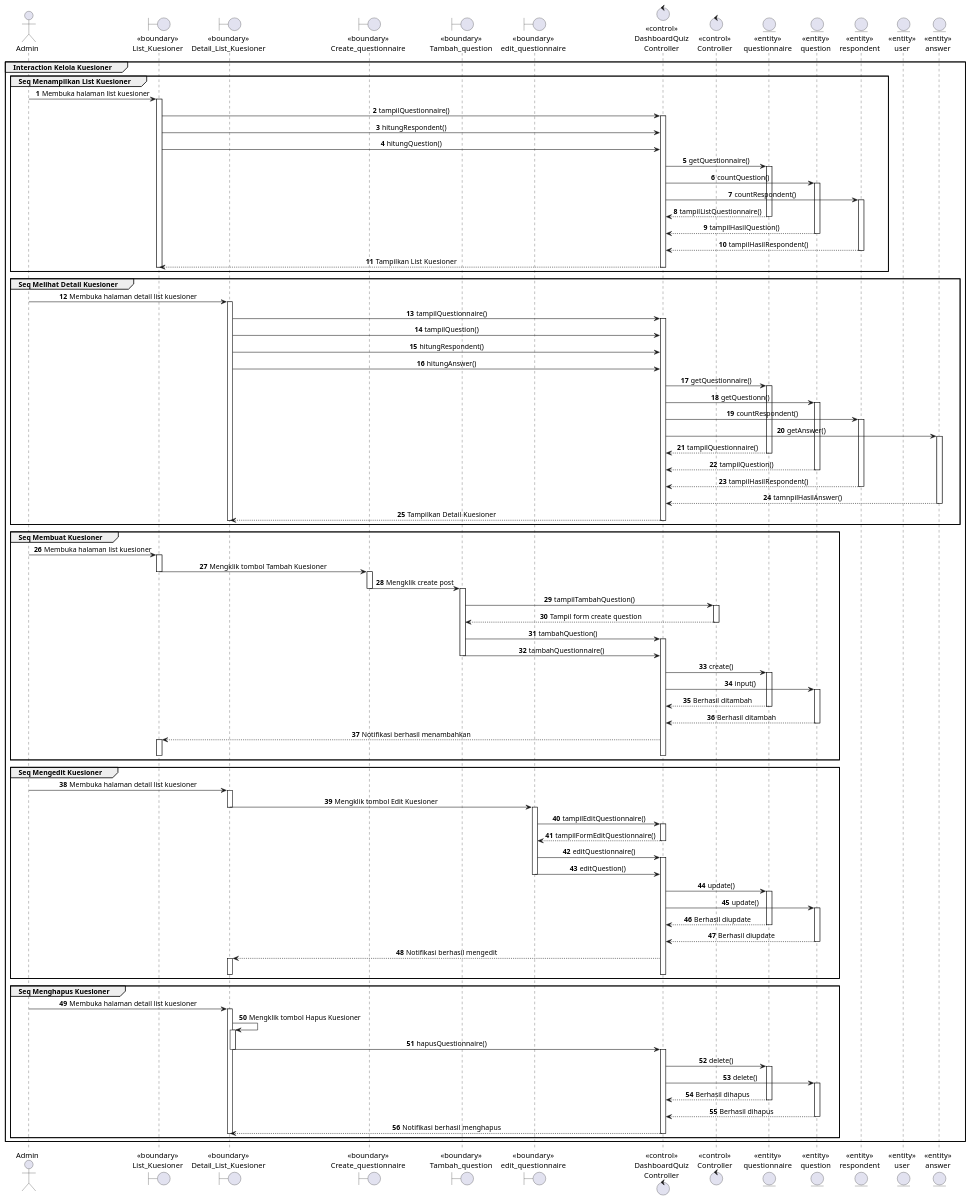
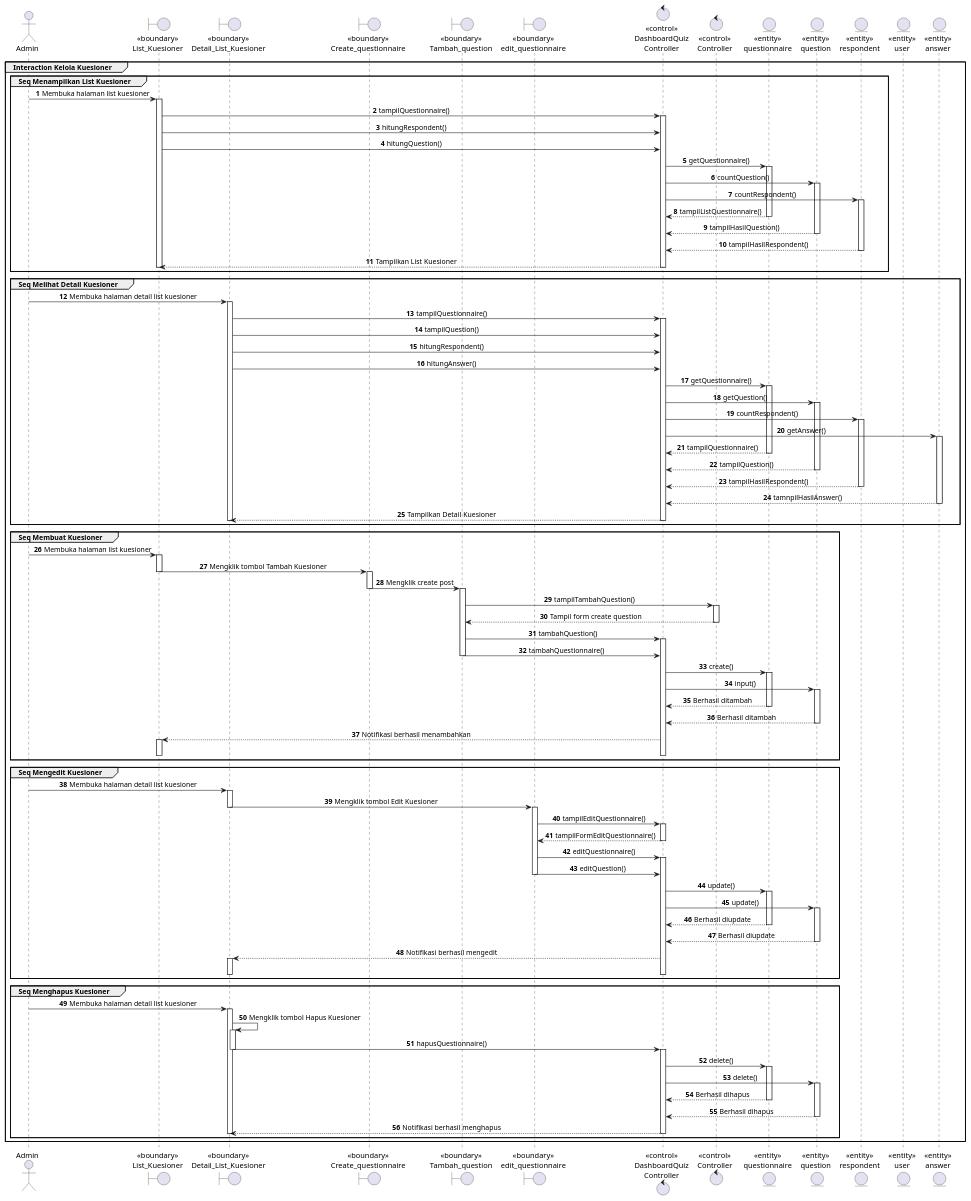
One commit to Churma16/indeks-kepuasan-masyarakat changed the diagram in documentation/SequenceDiagram/kelolaDataSequenceDiagram.puml. Above: the diagram before and after it, drawn with PlantUML. The commit also changed 3 other files, not shown here.

```diff
--- a/documentation/SequenceDiagram/kelolaDataSequenceDiagram.puml
+++ b/documentation/SequenceDiagram/kelolaDataSequenceDiagram.puml
@@ -1,164 +1,164 @@
 @startuml Interaction Kelola Data
 autonumber
 ' skinparam style strictuml
 skinparam SequenceMessageAlignment center
 group Interaction Kelola Kuesioner
 
     actor Admin 
     boundary "<<boundary>>\nList_Kuesioner" as list
     boundary "<<boundary>>\nDetail_List_Kuesioner" as dlist
     boundary "<<boundary>>\nCreate_questionnaire" as tquestionnaire
     boundary "<<boundary>>\nTambah_question" as tquestion
     boundary "<<boundary>>\nedit_questionnaire" as equestionnaire
     control "<<control>>\nDashboardQuiz\nController" as dqcontrol
     control "<<control>>\nController" as control
     entity "<<entity>>\nquestionnaire" as questioner
     entity "<<entity>>\nquestion" as question
     entity "<<entity>>\nrespondent" as respondent
     entity "<<entity>>\nuser" as admin
     entity "<<entity>>\nanswer" as answer
 
     group Seq Menampilkan List Kuesioner
         Admin->list:Membuka halaman list kuesioner
         activate list
             list-> dqcontrol: tampilQuestionnaire()
             activate dqcontrol
                 list-> dqcontrol: hitungRespondent()
                 list-> dqcontrol: hitungQuestion()
 
                 dqcontrol-> questioner: getQuestionnaire()
                 activate questioner
                     dqcontrol-> question:   countQuestion()
                 activate question
                     dqcontrol-> respondent: countRespondent()
                 activate respondent
 
                     questioner--> dqcontrol: tampilListQuestionnaire()
                 deactivate questioner
                     question--> dqcontrol: tampilHasilQuestion() 
                 deactivate question
                     respondent--> dqcontrol: tampilHasilRespondent() 
                 deactivate respondent
                 dqcontrol--> list: Tampilkan List Kuesioner
             deactivate dqcontrol
         deactivate list
     end
 
     group Seq Melihat Detail Kuesioner
         Admin-> dlist: Membuka halaman detail list kuesioner
         activate dlist
             dlist-> dqcontrol: tampilQuestionnaire()
                 activate dqcontrol
                 dlist-> dqcontrol: tampilQuestion()
                 dlist-> dqcontrol: hitungRespondent()
                 dlist-> dqcontrol: hitungAnswer()
                 
                 
                 dqcontrol-> questioner: getQuestionnaire()
                 activate questioner
-                dqcontrol-> question: getQuestionn()
+                dqcontrol-> question: getQuestion()
                 activate question
                 dqcontrol-> respondent: countRespondent()
                 activate respondent
                 dqcontrol-> answer: getAnswer()
                 activate answer
 
                 questioner--> dqcontrol: tampilQuestionnaire()
                 deactivate questioner
                 question--> dqcontrol: tampilQuestion()
                 deactivate question
                 respondent--> dqcontrol: tampilHasilRespondent()
                 deactivate respondent
                 answer--> dqcontrol: tamnpilHasilAnswer()
                 deactivate answer
 
                 dqcontrol--> dlist: Tampilkan Detail Kuesioner
                 deactivate dqcontrol
         deactivate dlist
         
     end
 
     group Seq Membuat Kuesioner
         Admin-> list: Membuka halaman list kuesioner
         activate list
             list-> tquestionnaire: Mengklik tombol Tambah Kuesioner
         deactivate list
 
         activate tquestionnaire
             tquestionnaire-> tquestion: Mengklik create post
         deactivate tquestionnaire
 
         activate tquestion
             tquestion-> control: tampilTambahQuestion()
             activate control
                 control--> tquestion: Tampil form create question
             deactivate control
             tquestion-> dqcontrol: tambahQuestion()
             activate dqcontrol
             tquestion-> dqcontrol: tambahQuestionnaire()
         deactivate tquestion
         dqcontrol-> questioner: create()
         activate questioner
         dqcontrol-> question: input()
         activate question
         questioner--> dqcontrol: Berhasil ditambah
         deactivate questioner
         question--> dqcontrol: Berhasil ditambah
         deactivate question
         dqcontrol--> list: Notifikasi berhasil menambahkan
         activate list
         deactivate list
         deactivate dqcontrol
     end
     
     group Seq Mengedit Kuesioner
         Admin->dlist: Membuka halaman detail list kuesioner
         activate dlist
             dlist-> equestionnaire: Mengklik tombol Edit Kuesioner
         deactivate dlist
         activate equestionnaire
         equestionnaire-> dqcontrol: tampilEditQuestionnaire()
             activate dqcontrol
                 dqcontrol--> equestionnaire: tampilFormEditQuestionnaire()
             deactivate dqcontrol
         equestionnaire-> dqcontrol: editQuestionnaire()
         activate dqcontrol
         equestionnaire-> dqcontrol: editQuestion()
         deactivate equestionnaire
         dqcontrol-> questioner: update()
         activate questioner
         dqcontrol-> question: update()
         activate question
         questioner--> dqcontrol: Berhasil diupdate
         deactivate questioner
         question--> dqcontrol: Berhasil diupdate
         deactivate question
         dqcontrol--> dlist: Notifikasi berhasil mengedit
         activate dlist
         deactivate dlist
         deactivate dqcontrol
     end
 
     group Seq Menghapus Kuesioner
         Admin-> dlist: Membuka halaman detail list kuesioner
         activate dlist
                 dlist-> dlist: Mengklik tombol Hapus Kuesioner
             activate dlist
                 dlist-> dqcontrol: hapusQuestionnaire()
             deactivate dlist
             
             activate dqcontrol
                 dqcontrol-> questioner: delete()
             activate questioner
                 dqcontrol-> question: delete()
             activate question
                 questioner--> dqcontrol: Berhasil dihapus
             deactivate questioner
                 question--> dqcontrol: Berhasil dihapus
             deactivate question
                 dqcontrol--> dlist: Notifikasi berhasil menghapus
             deactivate dqcontrol
         deactivate dlist
     end
 end
 @enduml
```
